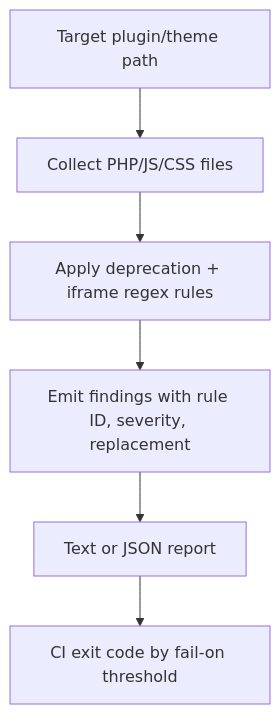
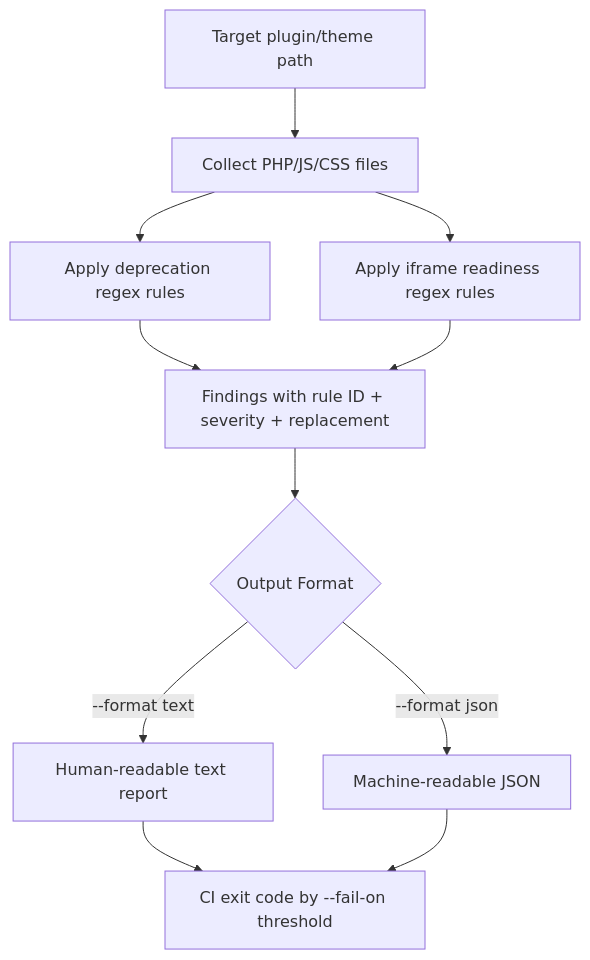
The diagram in blog/2026-02-18-wp-7-compat-scanner-cli.md (victorstack-ai/agent-blog), drawn with Mermaid before and after one commit. The commit also changed other lines of this file and 117 other files, not shown here.

````diff
--- a/blog/2026-02-18-wp-7-compat-scanner-cli.md
+++ b/blog/2026-02-18-wp-7-compat-scanner-cli.md
@@ -32,8 +34,13 @@
 ```mermaid
 flowchart TD
     A[Target plugin/theme path] --> B[Collect PHP/JS/CSS files]
-    B --> C[Apply deprecation + iframe regex rules]
-    C --> D[Emit findings with rule ID, severity, replacement]
-    D --> E[Text or JSON report]
-    E --> F[CI exit code by fail-on threshold]
+    B --> C[Apply deprecation regex rules]
+    B --> D[Apply iframe readiness regex rules]
+    C --> E[Findings with rule ID + severity + replacement]
+    D --> E
+    E --> F{Output Format}
+    F -->|--format text| G[Human-readable text report]
+    F -->|--format json| H[Machine-readable JSON]
+    G --> I[CI exit code by --fail-on threshold]
+    H --> I
 ```
````
